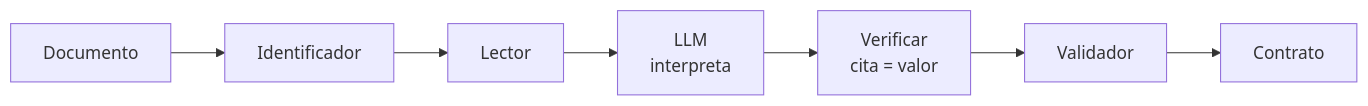
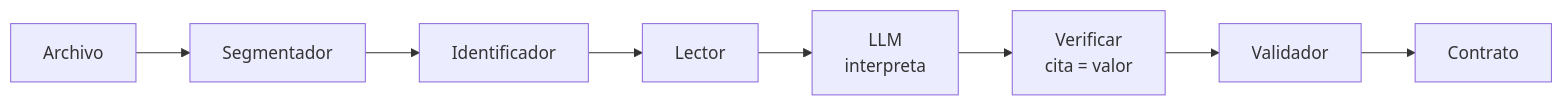
The third of 5 diagrams in readme-min.md (mariogarcia-ar/docflow), drawn with Mermaid before and after one commit. The commit also changed other lines of this file, not shown here.

Commit message:
Refactor README.md to clarify document processing flows and components, enhancing descriptions of the Segmentador and its role in logical document grouping.

````diff
--- a/readme-min.md
+++ b/readme-min.md
@@ -76,5 +103,5 @@
 ```mermaid
 graph LR
-    A["Documento"] --> B["Identificador"] --> C["Lector"] --> D["LLM<br/>interpreta"]
-    D --> E["Verificar<br/>cita = valor"] --> F["Validador"] --> G["Contrato"]
+    A["Archivo"] --> B["Segmentador"] --> C["Identificador"] --> D["Lector"]
+    D --> E["LLM<br/>interpreta"] --> F["Verificar<br/>cita = valor"] --> G["Validador"] --> H["Contrato"]
 ```
````
